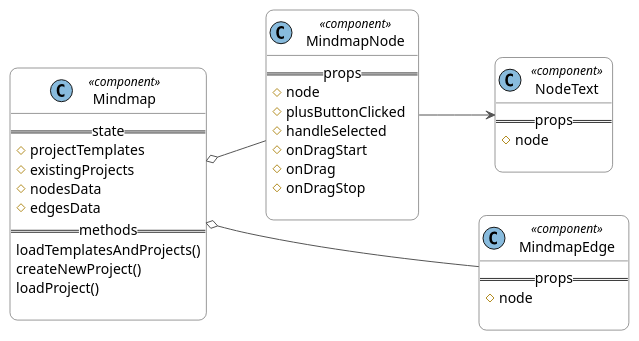
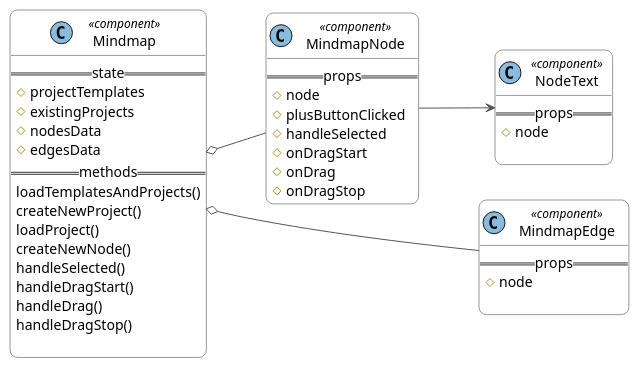
The diagram in UML/Frontend/Alt1Architecture.puml (magnusnorvik/CreazaMindmapApplication), drawn with PlantUML before and after one commit. The commit also changed 5 other files, not shown here.

Commit message:
Added more UML for FrontEnd

```diff
--- a/UML/Frontend/Alt1Architecture.puml
+++ b/UML/Frontend/Alt1Architecture.puml
@@ -1,50 +1,54 @@
 @startuml
 left to right direction
 skinparam class {
     BackgroundColor white
     ArrowColor #555
     BorderColor #333333
 }
 
 skinparam roundcorner 15
 
 class "   Mindmap   " as mindmap <<(C, 88bbdd) component>> {
     ==state==
     # projectTemplates
     # existingProjects
     # nodesData
     # edgesData
     ==methods==
      loadTemplatesAndProjects()
      createNewProject()
      loadProject()
+     createNewNode()
+     handleSelected()
+     handleDragStart()
+     handleDrag()
+     handleDragStop()
 
 }
 
 class "   MindmapNode   " as mmNode <<(C, 88bbdd) component>> {
     ==props==
     # node
     # plusButtonClicked
     # handleSelected
     # onDragStart
     # onDrag
     # onDragStop
-
 }
 
 class "   MindmapEdge   " as mmEdge<<(C, 88bbdd) component>> {
     ==props==
     # node
 
 }
 
 class "   NodeText   " as mmText<<(C, 88bbdd) component>> {
     ==props==
     # node
 
 }
 mindmap o-- mmNode
 mmNode --> mmText
 
 mindmap o--- mmEdge
 @enduml
```
